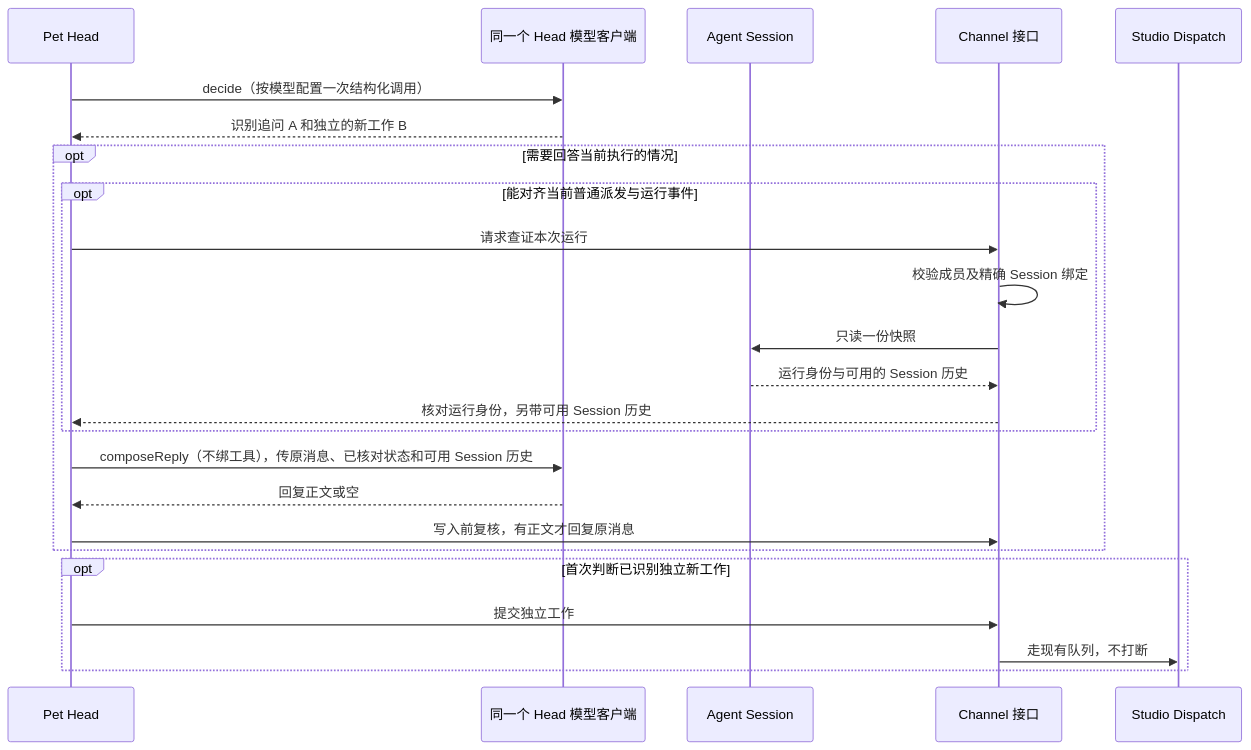
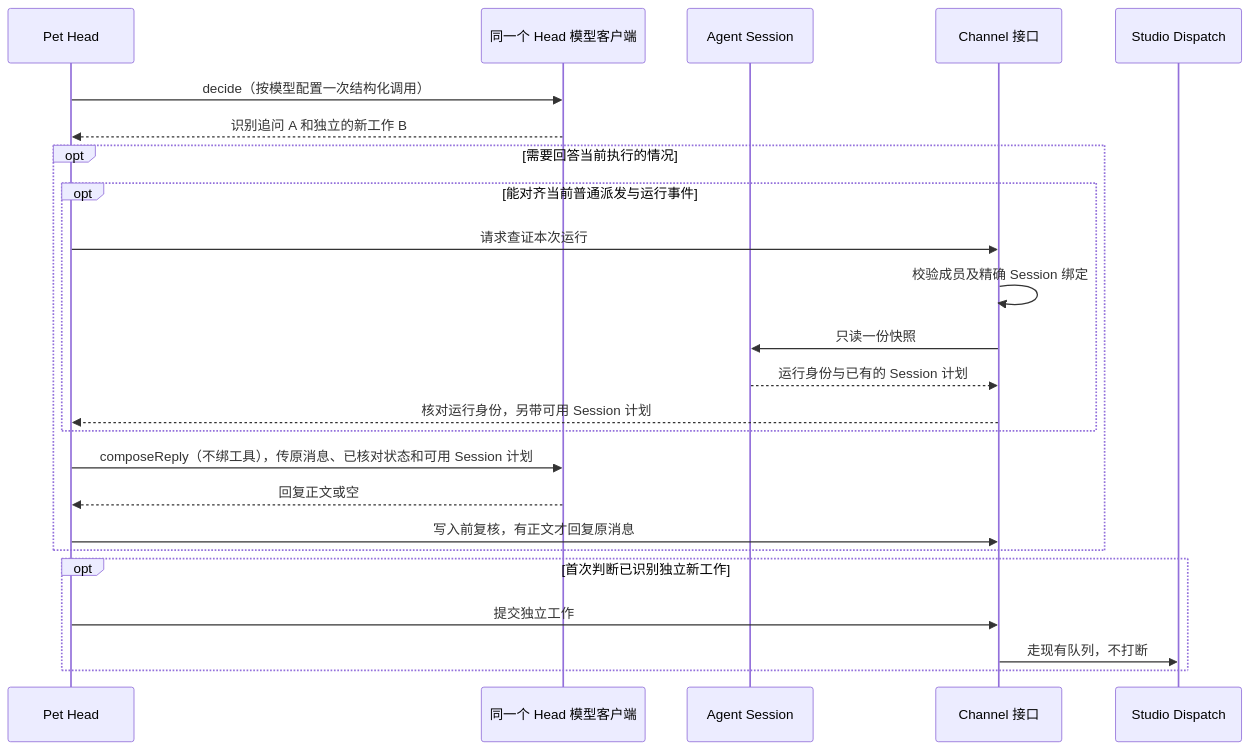
The fourth of 5 diagrams in docs/design/studio/pet-head-mechanism.md (pinpawo/pinpawo-agent), drawn with Mermaid before and after one commit. The commit also changed other lines of this file and 14 other files, not shown here.

````diff
--- a/docs/design/studio/pet-head-mechanism.md
+++ b/docs/design/studio/pet-head-mechanism.md
@@ -100,26 +100,26 @@
 ```mermaid
 sequenceDiagram
     participant H as Pet Head
     participant M as 同一个 Head 模型客户端
     participant S as Agent Session
     participant C as Channel 接口
     participant D as Studio Dispatch
     H->>M: decide（按模型配置一次结构化调用）
     M-->>H: 识别追问 A 和独立的新工作 B
     opt 需要回答当前执行的情况
         opt 能对齐当前普通派发与运行事件
             H->>C: 请求查证本次运行
             C->>C: 校验成员及精确 Session 绑定
             C->>S: 只读一份快照
-            S-->>C: 运行身份与可用的 Session 历史
-            C-->>H: 核对运行身份，另带可用 Session 历史
+            S-->>C: 运行身份与已有的 Session 计划
+            C-->>H: 核对运行身份，另带可用 Session 计划
         end
-        H->>M: composeReply（不绑工具），传原消息、已核对状态和可用 Session 历史
+        H->>M: composeReply（不绑工具），传原消息、已核对状态和可用 Session 计划
         M-->>H: 回复正文或空
         H->>C: 写入前复核，有正文才回复原消息
     end
     opt 首次判断已识别独立新工作
         H->>C: 提交独立工作
         C->>D: 走现有队列，不打断
     end
 ```
````
